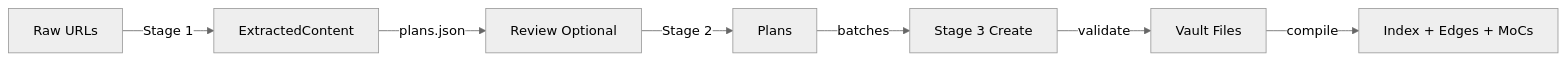
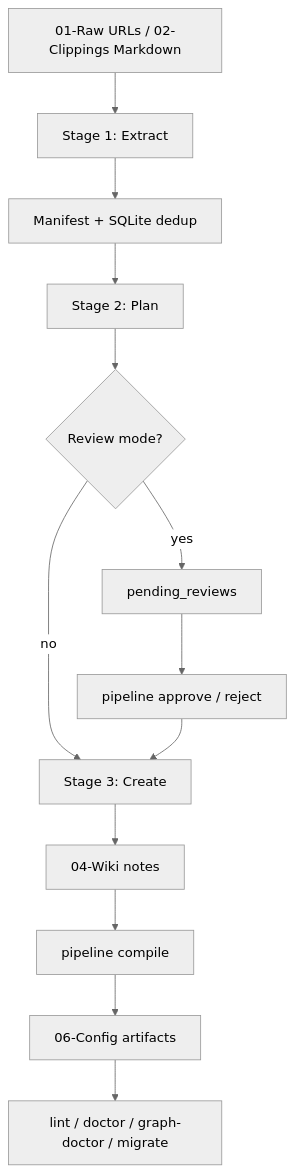
The first of 2 diagrams in docs/architecture/ARCHITECTURE.md (0xminion/obsidian-llm-wiki), drawn with Mermaid (neutral theme) before and after one commit. The commit also changed other lines of this file and 7 other files, not shown here.

````diff
--- a/docs/architecture/ARCHITECTURE.md
+++ b/docs/architecture/ARCHITECTURE.md
@@ -84,9 +21,15 @@
 ```mermaid
-flowchart LR
-    A[Raw URLs] -->|Stage 1| B[ExtractedContent]
-    B -->|plans.json| C[Review Optional]
-    C -->|Stage 2| D[Plans]
-    D -->|batches| E[Stage 3 Create]
-    E -->|validate| F[Vault Files]
-    F -->|compile| G[Index + Edges + MoCs]
+flowchart TB
+    Input[01-Raw URLs / 02-Clippings Markdown] --> Extract[Stage 1: Extract]
+    Extract --> Manifest[Manifest + SQLite dedup]
+    Manifest --> Plan[Stage 2: Plan]
+    Plan --> Review{Review mode?}
+    Review -->|yes| Queue[pending_reviews]
+    Queue --> Approve[pipeline approve / reject]
+    Review -->|no| Create[Stage 3: Create]
+    Approve --> Create
+    Create --> Vault[04-Wiki notes]
+    Vault --> Compile[pipeline compile]
+    Compile --> Config[06-Config artifacts]
+    Config --> Diagnostics[lint / doctor / graph-doctor / migrate]
 ```
````
